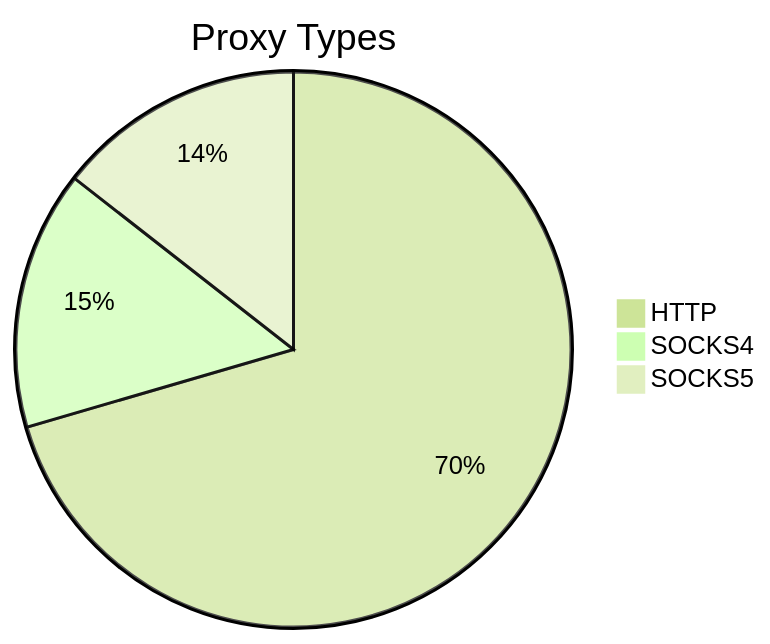
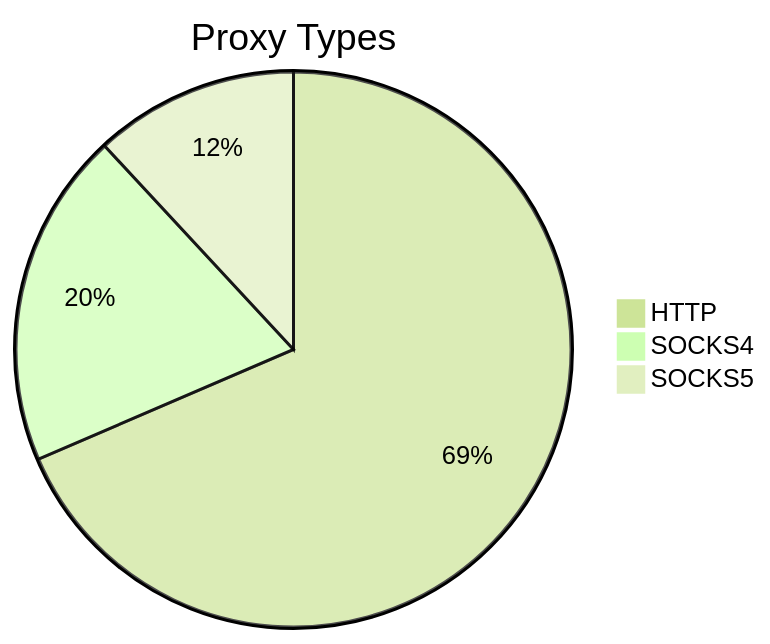
One commit to stormsia/proxy-list changed the first of 2 diagrams in README.md. Above: the diagram before and after it, drawn with Mermaid (forest theme). The commit also changed other lines of this file, not shown here.

````diff
--- a/README.md
+++ b/README.md
@@ -21,6 +21,6 @@
 ```mermaid
 pie title Proxy Types
-    "HTTP" : 332
-    "SOCKS4" : 71
-    "SOCKS5" : 68
+    "HTTP" : 501
+    "SOCKS4" : 143
+    "SOCKS5" : 87
 ```
````
